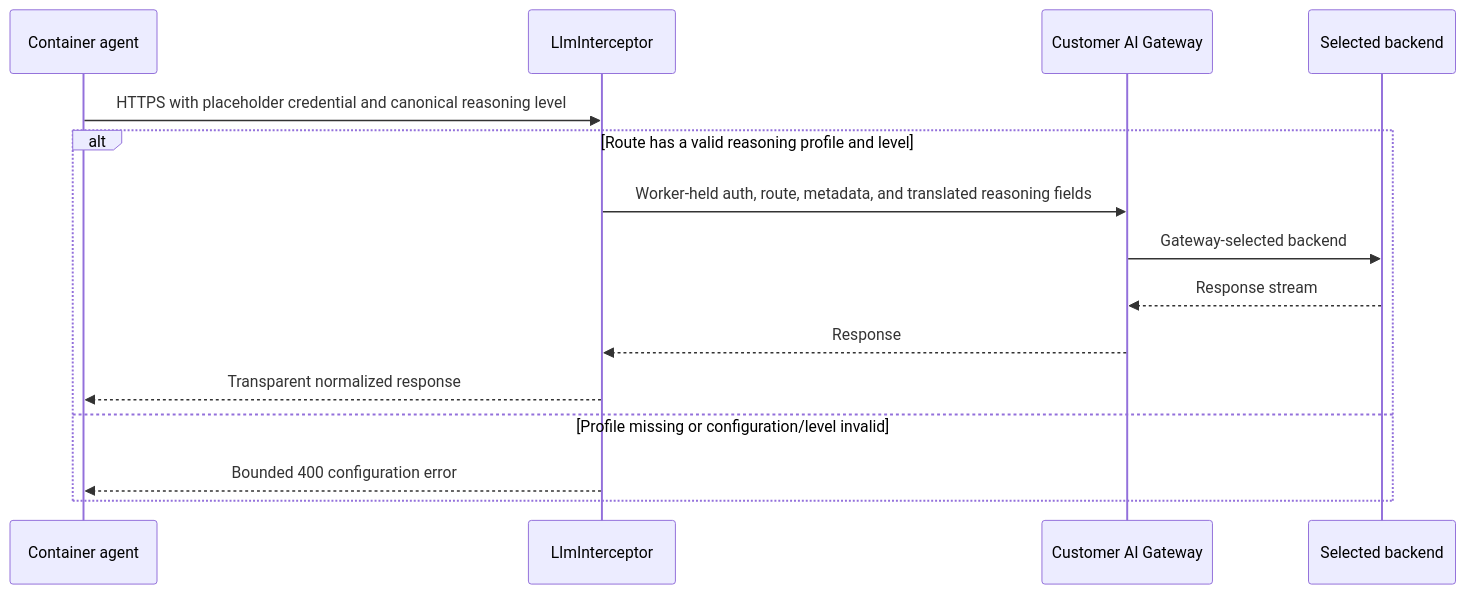
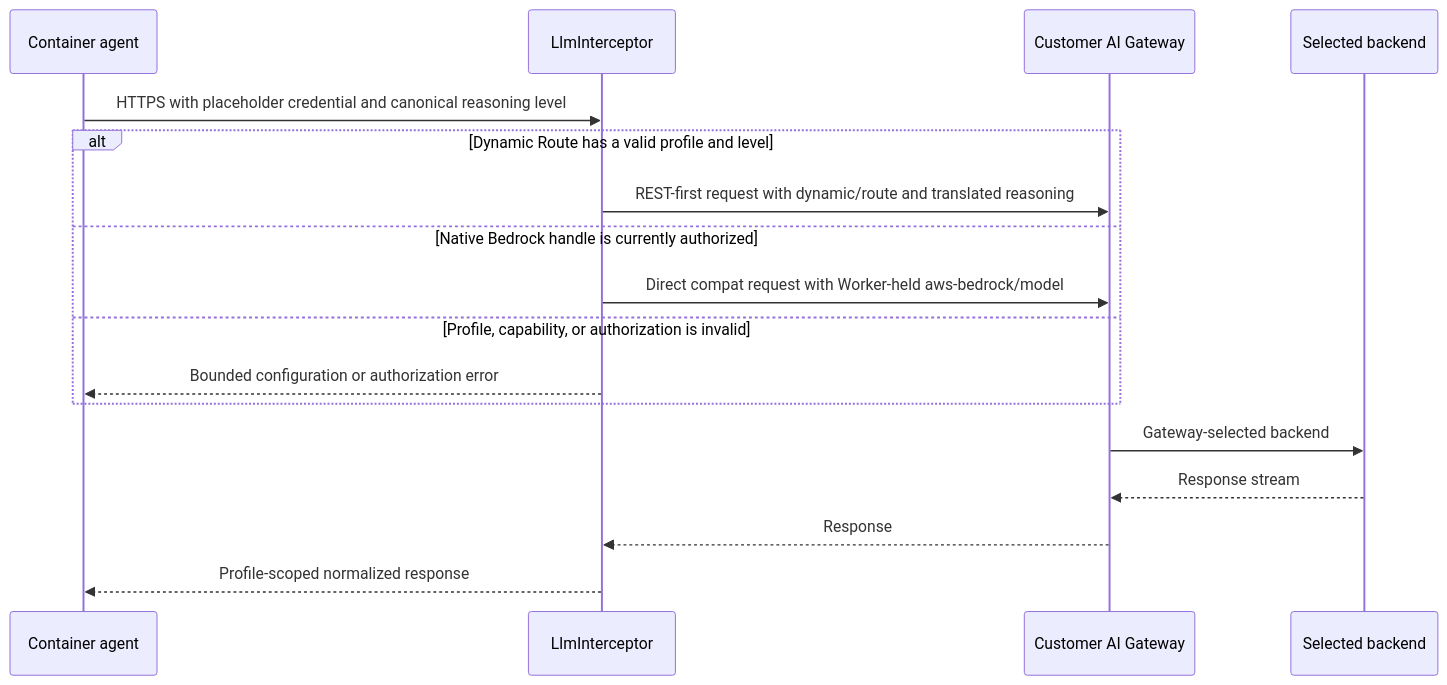
The eighth of 10 diagrams in documentation/lanes/architecture.md (nikolanovoselec/codeflare), drawn with Mermaid before and after one commit. The commit also changed other lines of this file and 10 other files, not shown here.

Commit message:
fix: complete native Bedrock delivery

````diff
--- a/documentation/lanes/architecture.md
+++ b/documentation/lanes/architecture.md
@@ -583,17 +583,19 @@
 ```mermaid
 sequenceDiagram
     participant C as Container agent
     participant I as LlmInterceptor
     participant G as Customer AI Gateway
     participant P as Selected backend
     C->>I: HTTPS with placeholder credential and canonical reasoning level
-    alt Route has a valid reasoning profile and level
-        I->>G: Worker-held auth, route, metadata, and translated reasoning fields
-        G->>P: Gateway-selected backend
-        P-->>G: Response stream
-        G-->>I: Response
-        I-->>C: Transparent normalized response
-    else Profile missing or configuration/level invalid
-        I-->>C: Bounded 400 configuration error
+    alt Dynamic Route has a valid profile and level
+        I->>G: REST-first request with dynamic/route and translated reasoning
+    else Native Bedrock handle is currently authorized
+        I->>G: Direct compat request with Worker-held aws-bedrock/model
+    else Profile, capability, or authorization is invalid
+        I-->>C: Bounded configuration or authorization error
     end
+    G->>P: Gateway-selected backend
+    P-->>G: Response stream
+    G-->>I: Response
+    I-->>C: Profile-scoped normalized response
 ```
````
